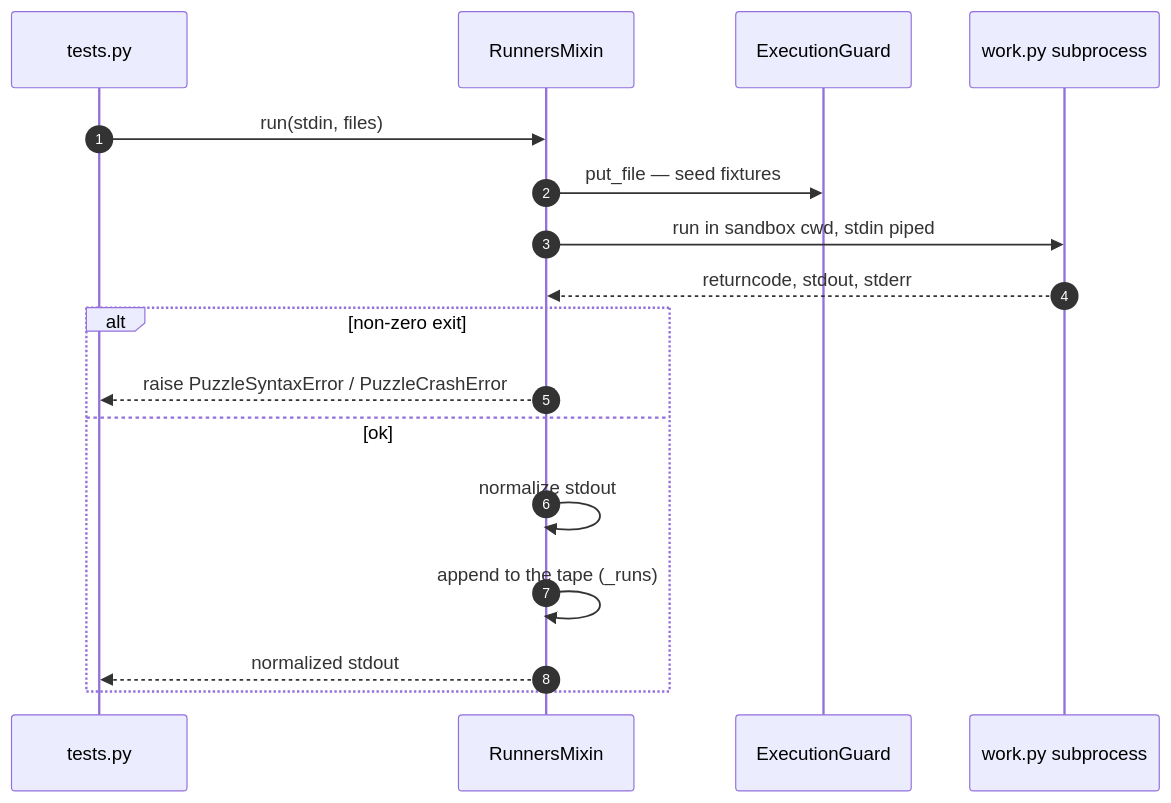
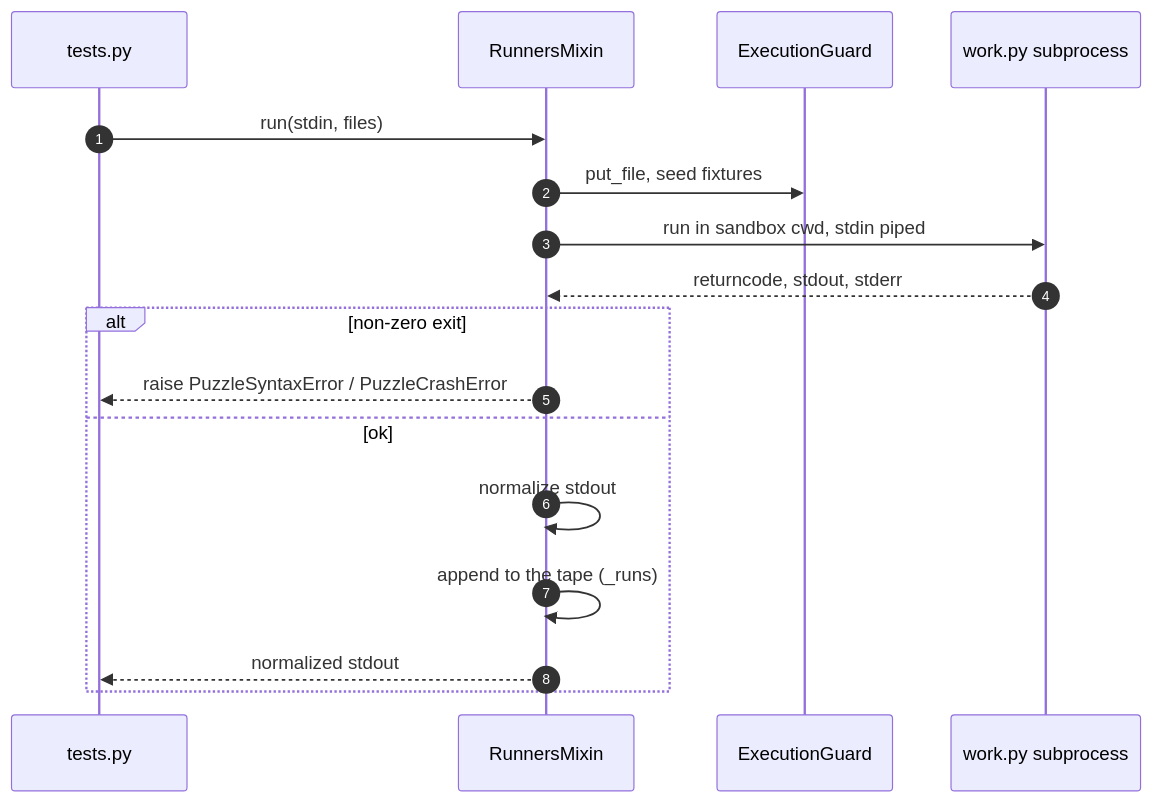
Before and after one commit to N041M/PyQuest: the fifth of 7 diagrams in docs/architecture/toolkit.md, drawn with Mermaid. The commit also changed other lines of this file and 10 other files, not shown here.

````diff
--- a/docs/architecture/toolkit.md
+++ b/docs/architecture/toolkit.md
@@ -146,19 +146,19 @@
 ```mermaid
 sequenceDiagram
     autonumber
     participant Test as tests.py
     participant R as RunnersMixin
     participant G as ExecutionGuard
     participant P as work.py subprocess
     Test->>R: run(stdin, files)
-    R->>G: put_file — seed fixtures
+    R->>G: put_file, seed fixtures
     R->>P: run in sandbox cwd, stdin piped
     P-->>R: returncode, stdout, stderr
     alt non-zero exit
         R-->>Test: raise PuzzleSyntaxError / PuzzleCrashError
     else ok
         R->>R: normalize stdout
         R->>R: append to the tape (_runs)
         R-->>Test: normalized stdout
     end
 ```
````
